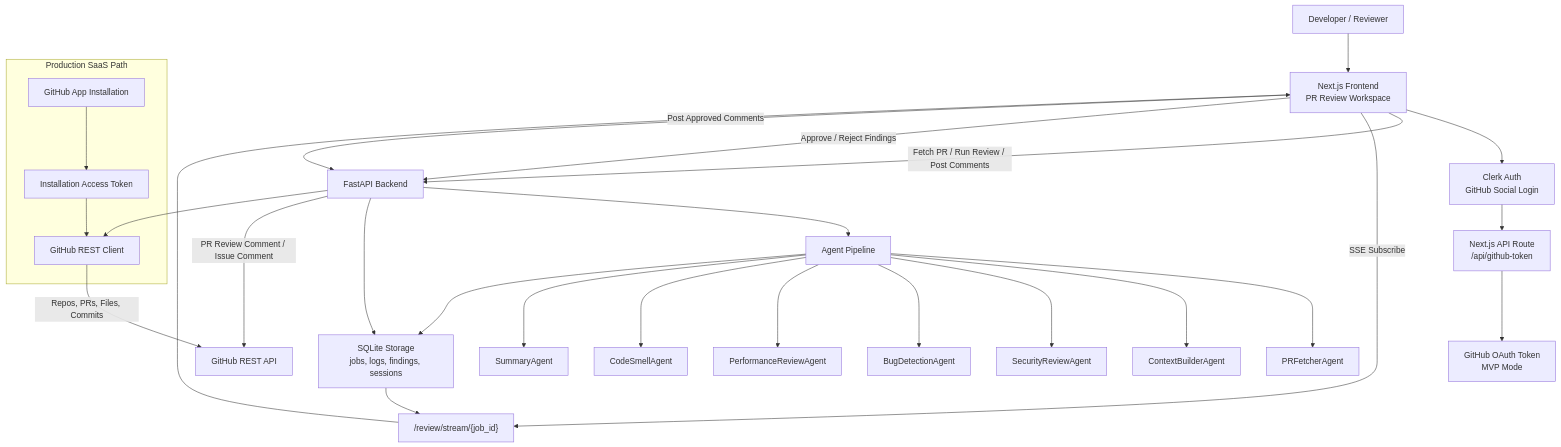
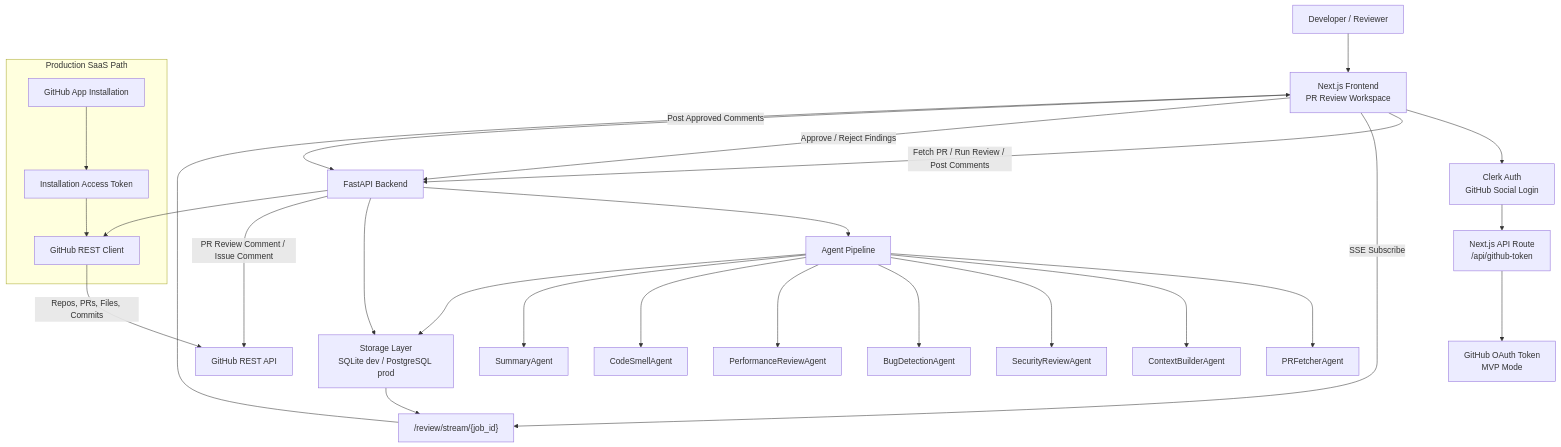
Before and after one commit to VEDANTDHAVAN/Agentic-Code-Review-Assistant: the diagram in README.md, drawn with Mermaid. The commit also changed other lines of this file and 18 other files, not shown here.

````diff
--- a/README.md
+++ b/README.md
@@ -23,38 +23,38 @@
 ```mermaid
 flowchart TD
     User["Developer / Reviewer"] --> Frontend["Next.js Frontend<br/>PR Review Workspace"]
 
     Frontend --> Clerk["Clerk Auth<br/>GitHub Social Login"]
     Clerk --> TokenRoute["Next.js API Route<br/>/api/github-token"]
     TokenRoute --> GitHubOAuth["GitHub OAuth Token<br/>MVP Mode"]
 
     Frontend -->|Fetch PR / Run Review / Post Comments| FastAPI["FastAPI Backend"]
     Frontend -->|SSE Subscribe| SSE["/review/stream/{job_id}"]
 
     FastAPI --> GitHubClient["GitHub REST Client"]
     GitHubClient -->|Repos, PRs, Files, Commits| GitHub["GitHub REST API"]
 
     FastAPI --> Pipeline["Agent Pipeline"]
     Pipeline --> Fetcher["PRFetcherAgent"]
     Pipeline --> Context["ContextBuilderAgent"]
     Pipeline --> Security["SecurityReviewAgent"]
     Pipeline --> Bugs["BugDetectionAgent"]
     Pipeline --> Perf["PerformanceReviewAgent"]
     Pipeline --> Smells["CodeSmellAgent"]
     Pipeline --> Summary["SummaryAgent"]
 
-    Pipeline --> SQLite["SQLite Storage<br/>jobs, logs, findings, sessions"]
-    SQLite --> SSE
+    Pipeline --> Storage["Storage Layer<br/>SQLite dev / PostgreSQL prod"]
+    Storage --> SSE
     SSE --> Frontend
 
     Frontend -->|Approve / Reject Findings| FastAPI
-    FastAPI --> SQLite
+    FastAPI --> Storage
 
     Frontend -->|Post Approved Comments| FastAPI
     FastAPI -->|PR Review Comment / Issue Comment| GitHub
 
     subgraph ProductionPath["Production SaaS Path"]
       GitHubApp["GitHub App Installation"] --> InstallationToken["Installation Access Token"]
       InstallationToken --> GitHubClient
     end
 ```
````
